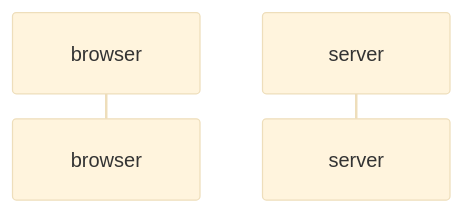
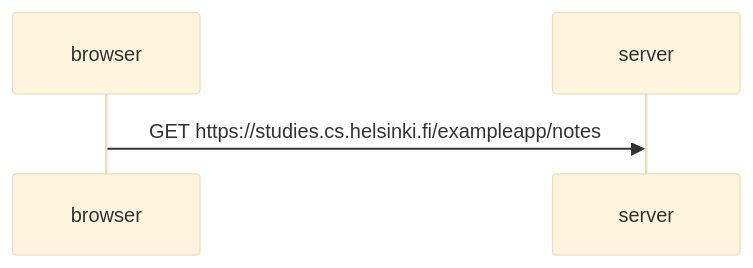
The diagram in part0/mermaid.md (aguin005/fso), drawn with Mermaid (base theme) before and after one commit.

````diff
--- a/part0/mermaid.md
+++ b/part0/mermaid.md
@@ -1,5 +1,7 @@
 ```mermaid
 sequenceDiagram;
     participant browser
     participant server
+
+    browser->>server: GET https://studies.cs.helsinki.fi/exampleapp/notes
 ```
````
